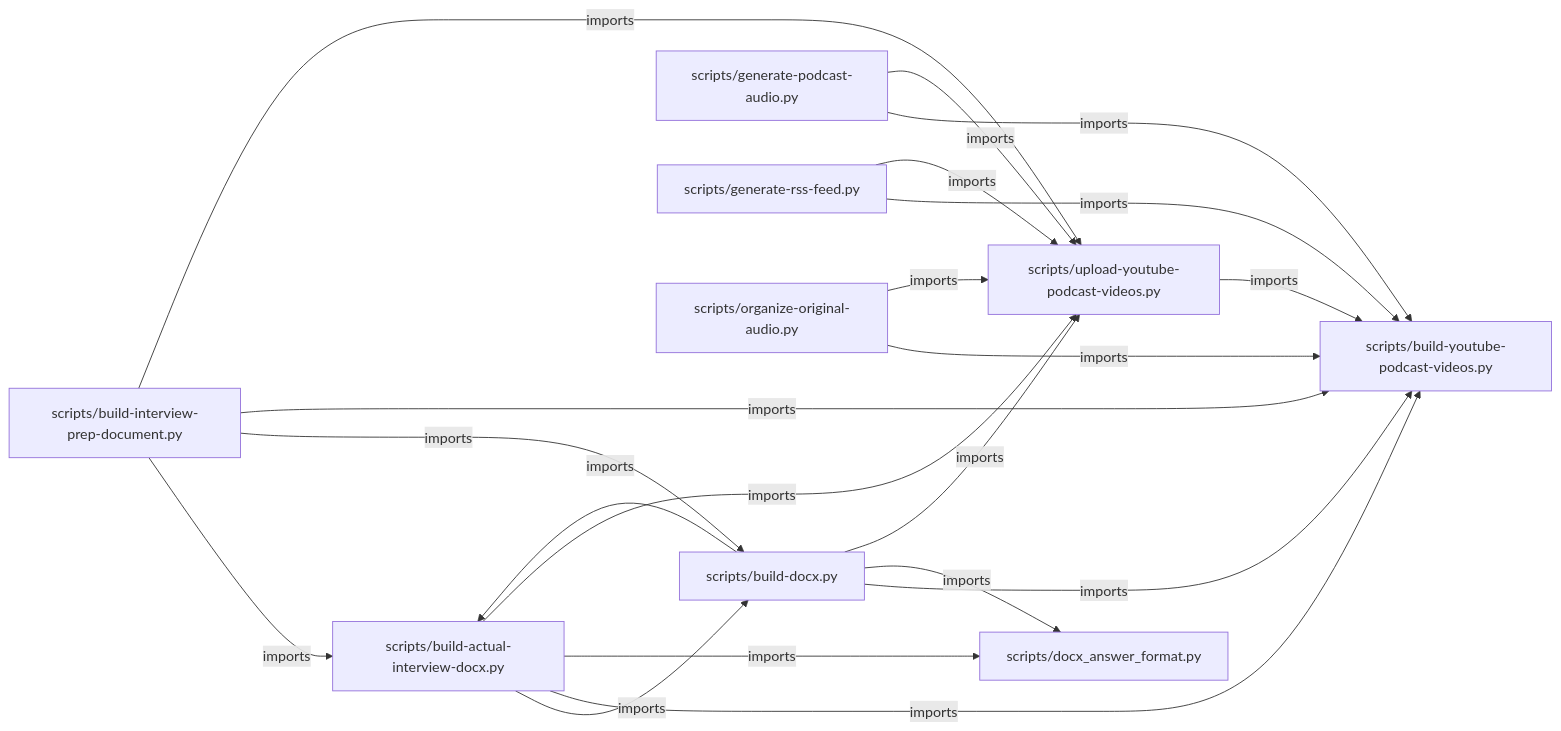
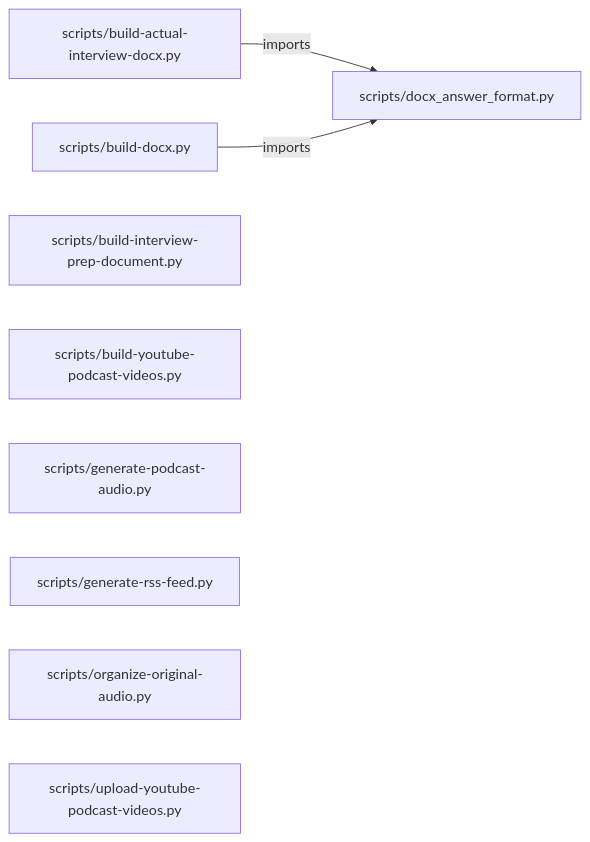
The second of 2 diagrams in PROJECT_ARCHITECTURE.md (iarsingh/ai-mock-interviewer), drawn with Mermaid before and after one commit. The commit also changed other lines of this file and 2 other files, not shown here.

````diff
--- a/PROJECT_ARCHITECTURE.md
+++ b/PROJECT_ARCHITECTURE.md
@@ -13,31 +47,14 @@
 ```mermaid
 flowchart LR
     M0["scripts/build-actual-interview-docx.py"]
     M1["scripts/build-docx.py"]
     M2["scripts/build-interview-prep-document.py"]
     M3["scripts/build-youtube-podcast-videos.py"]
     M4["scripts/docx_answer_format.py"]
     M5["scripts/generate-podcast-audio.py"]
     M6["scripts/generate-rss-feed.py"]
     M7["scripts/organize-original-audio.py"]
     M8["scripts/upload-youtube-podcast-videos.py"]
-    M0 -->|imports| M1
-    M0 -->|imports| M3
     M0 -->|imports| M4
-    M0 -->|imports| M8
-    M1 -->|imports| M0
-    M1 -->|imports| M3
     M1 -->|imports| M4
-    M1 -->|imports| M8
-    M2 -->|imports| M0
-    M2 -->|imports| M1
-    M2 -->|imports| M3
-    M2 -->|imports| M8
-    M5 -->|imports| M3
-    M5 -->|imports| M8
-    M6 -->|imports| M3
-    M6 -->|imports| M8
-    M7 -->|imports| M3
-    M7 -->|imports| M8
-    M8 -->|imports| M3
 ```
````
